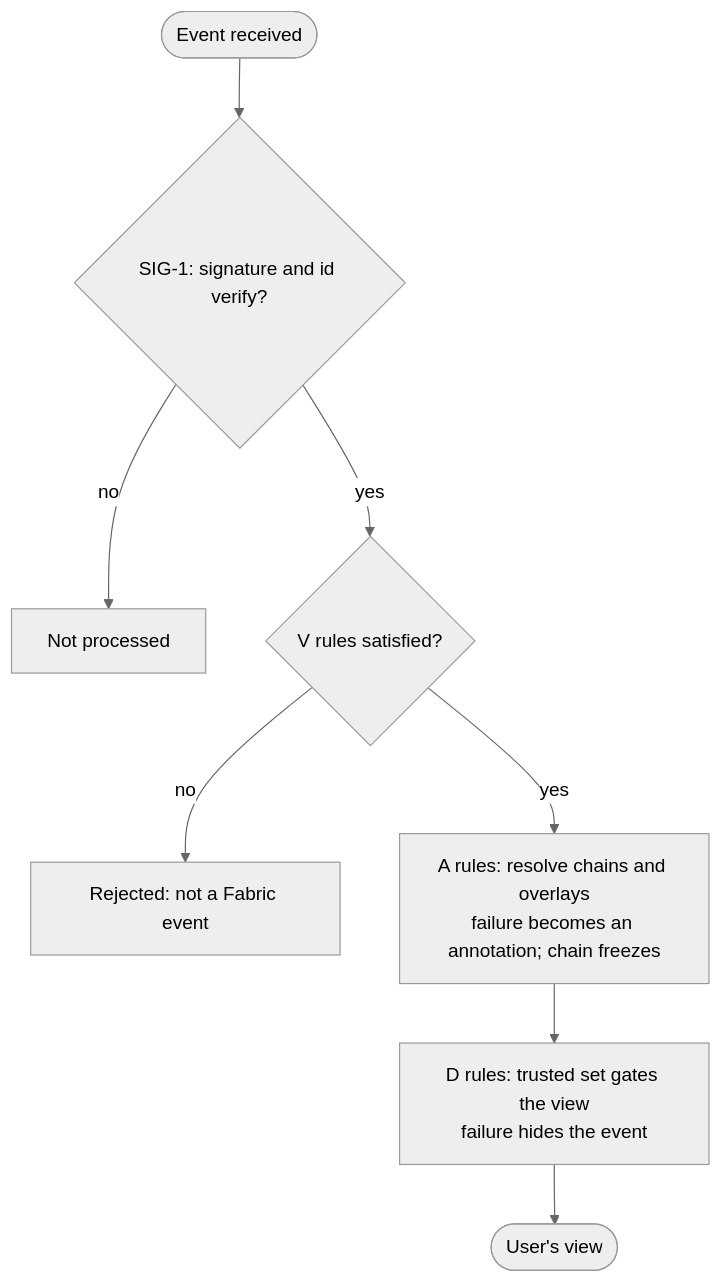
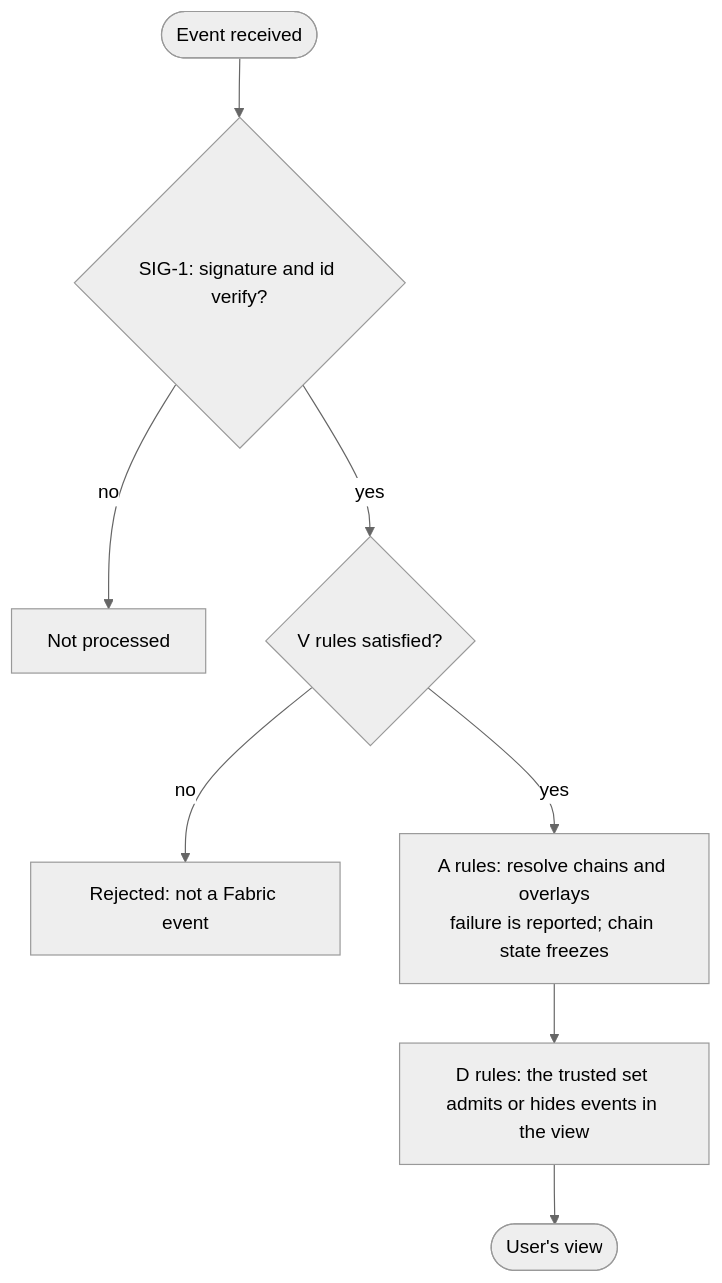
Before and after one commit to crocs-muni/scrutiny-fabric: the fifth of 9 diagrams in docs/protocol-spec.md, drawn with Mermaid (neutral theme). The commit also changed other lines of this file and 24 other files, not shown here.

````diff
--- a/docs/protocol-spec.md
+++ b/docs/protocol-spec.md
@@ -576,10 +572,10 @@
 ```mermaid
 flowchart TD
     EV(["Event received"]) --> SIG{"SIG-1: signature and id verify?"}
     SIG -->|no| NP["Not processed"]
     SIG -->|yes| V{"V rules satisfied?"}
     V -->|no| REJ["Rejected: not a Fabric event"]
-    V -->|yes| A["A rules: resolve chains and overlays<br/>failure becomes an annotation; chain freezes"]
-    A --> D["D rules: trusted set gates the view<br/>failure hides the event"]
+    V -->|yes| A["A rules: resolve chains and overlays<br/>failure is reported; chain state freezes"]
+    A --> D["D rules: the trusted set admits or hides events in the view"]
     D --> VIEW(["User's view"])
 ```
````
